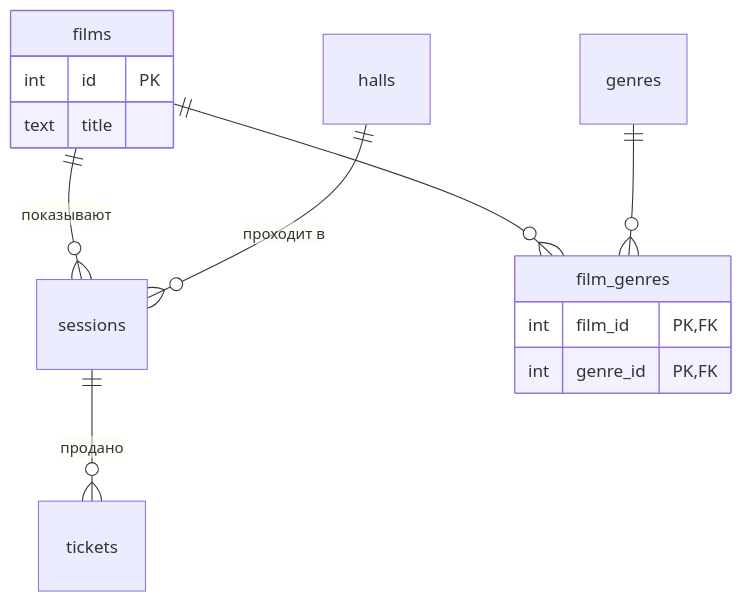
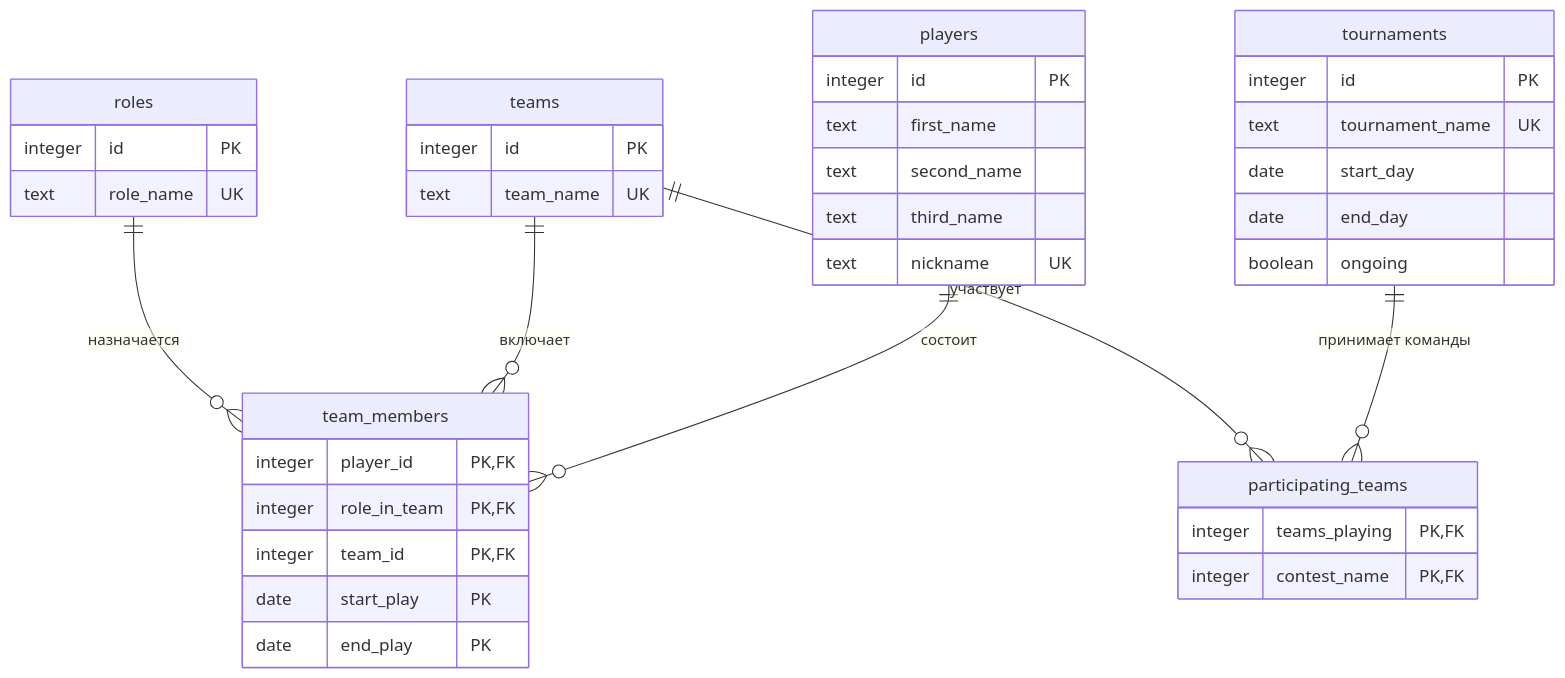
One commit to ttidalwavess/db_parygina_cybersport changed the diagram in README.md. Above: the diagram before and after it, drawn with Mermaid. The commit also changed other lines of this file and 2 other files, not shown here.

Commit message:
initial commit to additional branch

````diff
--- a/README.md
+++ b/README.md
@@ -47,17 +47,47 @@
 ```mermaid
 erDiagram
-    films ||--o{ sessions : "показывают"
-    halls ||--o{ sessions : "проходит в"
-    sessions ||--o{ tickets : "продано"
-    films ||--o{ film_genres : ""
-    genres ||--o{ film_genres : ""
+    roles ||--o{ team_members : "назначается"
+    teams ||--o{ team_members : "включает"
+    players ||--o{ team_members : "состоит"
+    teams ||--o{ participating_teams : "участвует"
+    tournaments ||--o{ participating_teams : "принимает команды"
 
-    films {
-        int id PK
-        text title
+    roles {
+        integer id PK
+        text role_name UK
     }
-    film_genres {
-        int film_id PK, FK
-        int genre_id PK, FK
+
+    teams {
+        integer id PK
+        text team_name UK
+    }
+
+    players {
+        integer id PK
+        text first_name
+        text second_name
+        text third_name
+        text nickname UK
+    }
+
+    team_members {
+        integer player_id PK, FK
+        integer role_in_team PK, FK
+        integer team_id PK, FK
+        date start_play PK
+        date end_play PK
+    }
+
+    tournaments {
+        integer id PK
+        text tournament_name UK
+        date start_day
+        date end_day
+        boolean ongoing
+    }
+
+    participating_teams {
+        integer teams_playing PK, FK
+        integer contest_name PK, FK
     }
 ```
````
